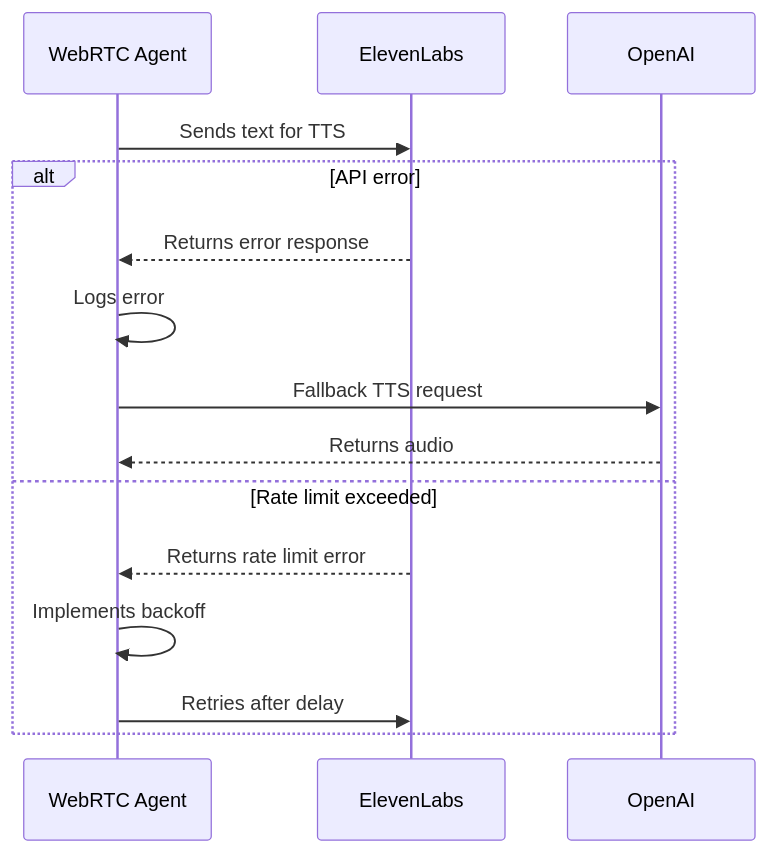
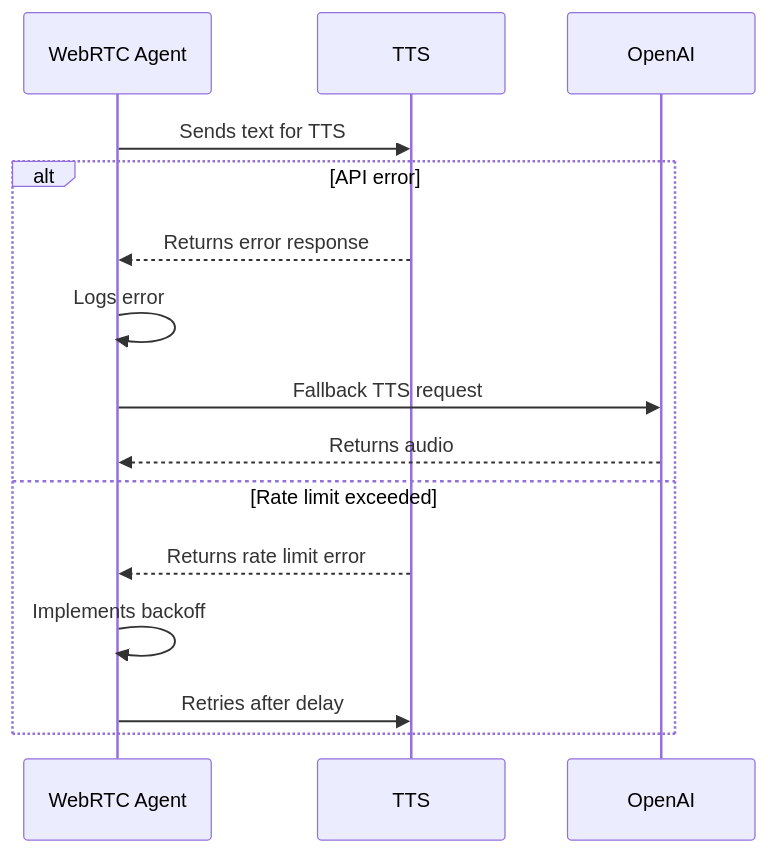
The eighth of 8 diagrams in docs/architecture/integration/2.6_API_Flow_Diagrams.md (geniaops/TainaDocs), drawn with Mermaid before and after one commit. The commit also changed other lines of this file and 17 other files, not shown here.

````diff
--- a/docs/architecture/integration/2.6_API_Flow_Diagrams.md
+++ b/docs/architecture/integration/2.6_API_Flow_Diagrams.md
@@ -518,19 +518,19 @@
 ```mermaid
 sequenceDiagram
     participant Backend as WebRTC Agent
-    participant ElevenLabs
+    participant TTS
     participant OpenAI
     
-    Backend->>ElevenLabs: Sends text for TTS
+    Backend->>TTS: Sends text for TTS
     
     alt API error
-        ElevenLabs-->>Backend: Returns error response
+        TTS-->>Backend: Returns error response
         Backend->>Backend: Logs error
         Backend->>OpenAI: Fallback TTS request
         OpenAI-->>Backend: Returns audio
     else Rate limit exceeded
-        ElevenLabs-->>Backend: Returns rate limit error
+        TTS-->>Backend: Returns rate limit error
         Backend->>Backend: Implements backoff
-        Backend->>ElevenLabs: Retries after delay
+        Backend->>TTS: Retries after delay
     end
 ```
````
